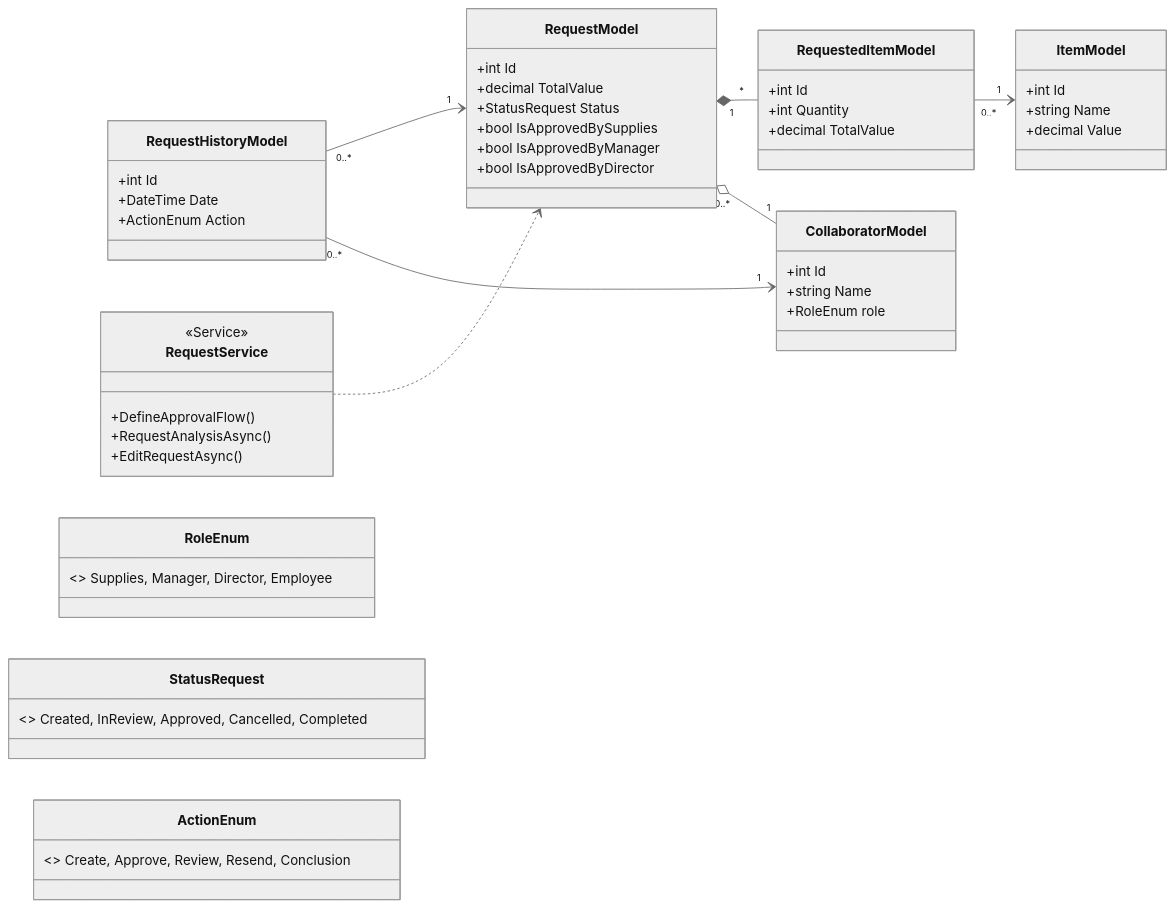
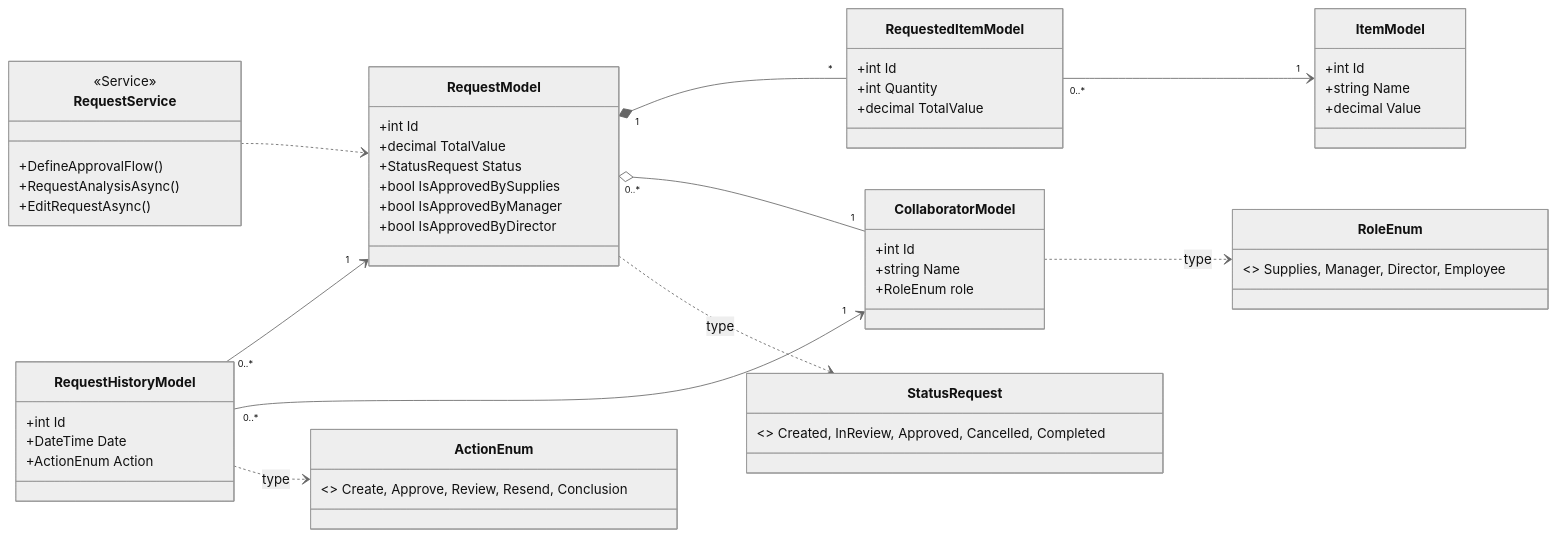
One commit to PaulaMonteverde/DesafioiALL changed the second of 2 diagrams in README.md. Above: the diagram before and after it, drawn with Mermaid (neutral theme).

Commit message:
Update README.md
Added connections between classes and enums in the documentation.

````diff
--- a/README.md
+++ b/README.md
@@ -62,55 +62,61 @@
 ```mermaid
 classDiagram
     direction LR
 
     class CollaboratorModel {
         +int Id
         +string Name
         +RoleEnum role
     }
 
     class RequestModel {
         +int Id
         +decimal TotalValue
         +StatusRequest Status
         +bool IsApprovedBySupplies
         +bool IsApprovedByManager
         +bool IsApprovedByDirector
     }
 
     class RequestedItemModel {
         +int Id
         +int Quantity
         +decimal TotalValue
     }
 
     class ItemModel {
         +int Id
         +string Name
         +decimal Value
     }
 
     class RequestHistoryModel {
         +int Id
         +DateTime Date
         +ActionEnum Action
     }
 
     class RequestService {
         <<Service>>
         +DefineApprovalFlow()
         +RequestAnalysisAsync()
         +EditRequestAsync()
     }
 
     class RoleEnum { <<enumeration>> Supplies, Manager, Director, Employee }
     class StatusRequest { <<enumeration>> Created, InReview, Approved, Cancelled, Completed }
     class ActionEnum { <<enumeration>> Create, Approve, Review, Resend, Conclusion }
 
+    %% Conexões entre Classes
     RequestModel "1" *-- "*" RequestedItemModel
     RequestedItemModel "0..*" --> "1" ItemModel
     RequestModel "0..*" o-- "1" CollaboratorModel
     RequestHistoryModel "0..*" --> "1" RequestModel
     RequestHistoryModel "0..*" --> "1" CollaboratorModel
     RequestService ..> RequestModel
+
+    %% Ligações com os Enums (Dependência)
+    CollaboratorModel ..> RoleEnum : type
+    RequestModel ..> StatusRequest : type
+    RequestHistoryModel ..> ActionEnum : type
 ```
````
